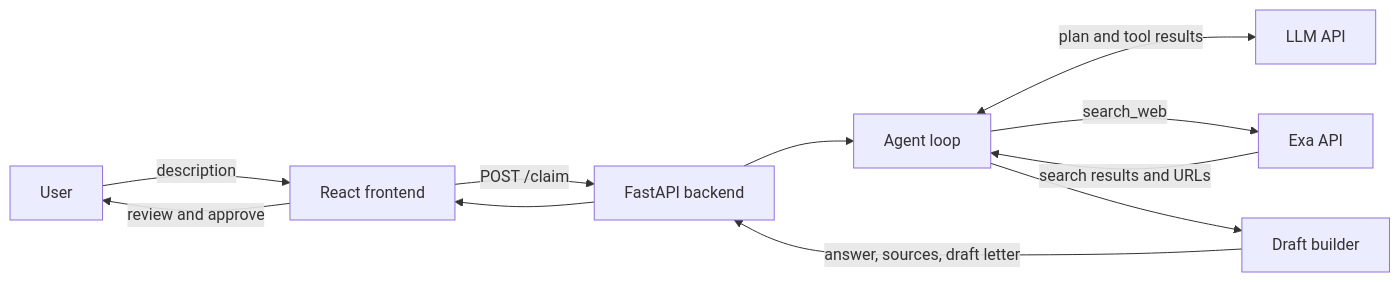
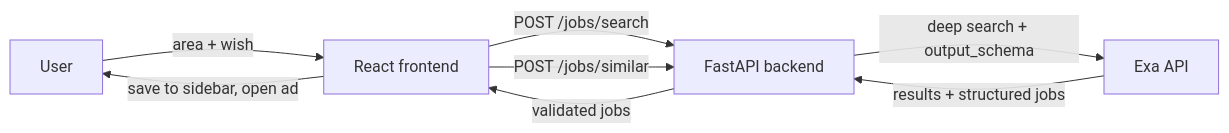
One commit to OV3ZZz/junction2026 changed the diagram in docs/ARCHITECTURE.md. Above: the diagram before and after it, drawn with Mermaid. The commit also changed other lines of this file and 28 other files, not shown here.

First line of the commit message:
Pivot to Exa-powered job search

````diff
--- a/docs/ARCHITECTURE.md
+++ b/docs/ARCHITECTURE.md
@@ -7,13 +7,10 @@
 ```mermaid
 flowchart LR
-    U[User] -->|description| F[React frontend]
-    F -->|POST /claim| B[FastAPI backend]
-    B --> A[Agent loop]
-    A <-->|plan and tool results| L[LLM API]
-    A -->|search_web| E[Exa API]
-    E -->|search results and URLs| A
-    A --> D[Draft builder]
-    D -->|answer, sources, draft letter| B
-    B --> F
-    F -->|review and approve| U
+    U[User] -->|area + wish| F[React frontend]
+    F -->|POST /jobs/search| B[FastAPI backend]
+    F -->|POST /jobs/similar| B
+    B -->|deep search + output_schema| E[Exa API]
+    E -->|results + structured jobs| B
+    B -->|validated jobs| F
+    F -->|save to sidebar, open ad| U
 ```
````
